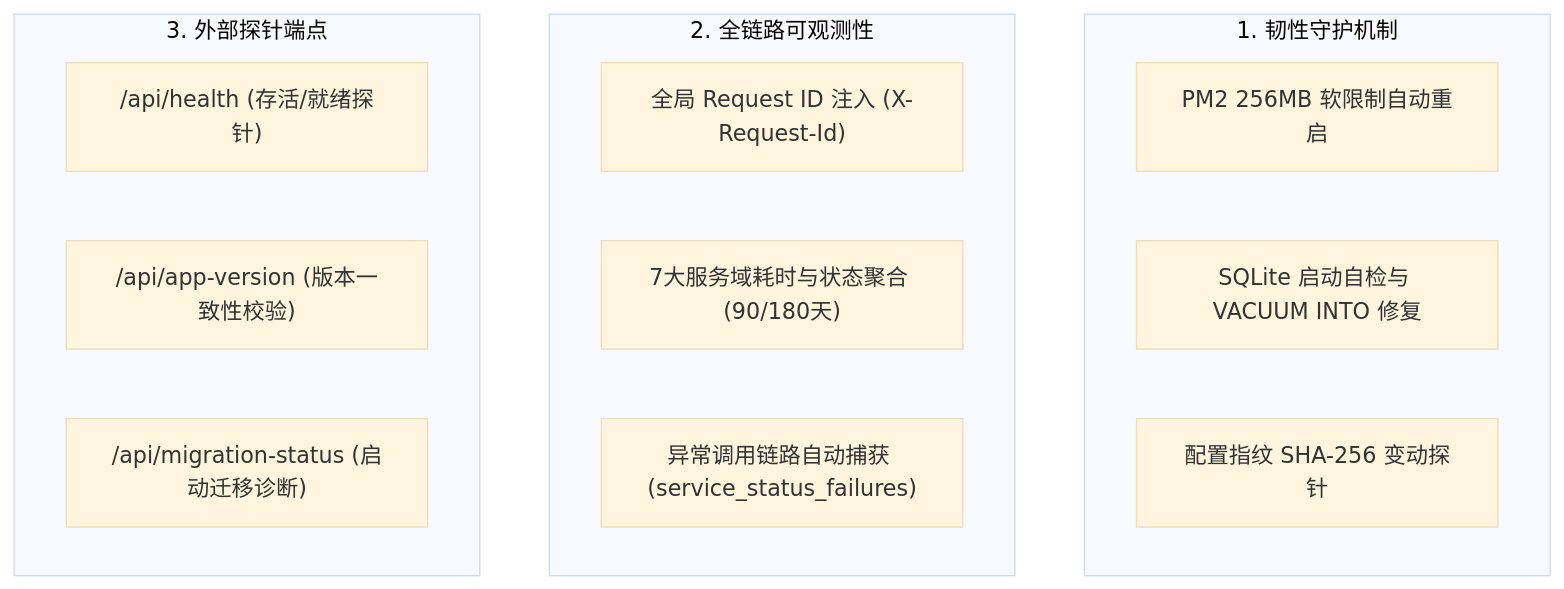
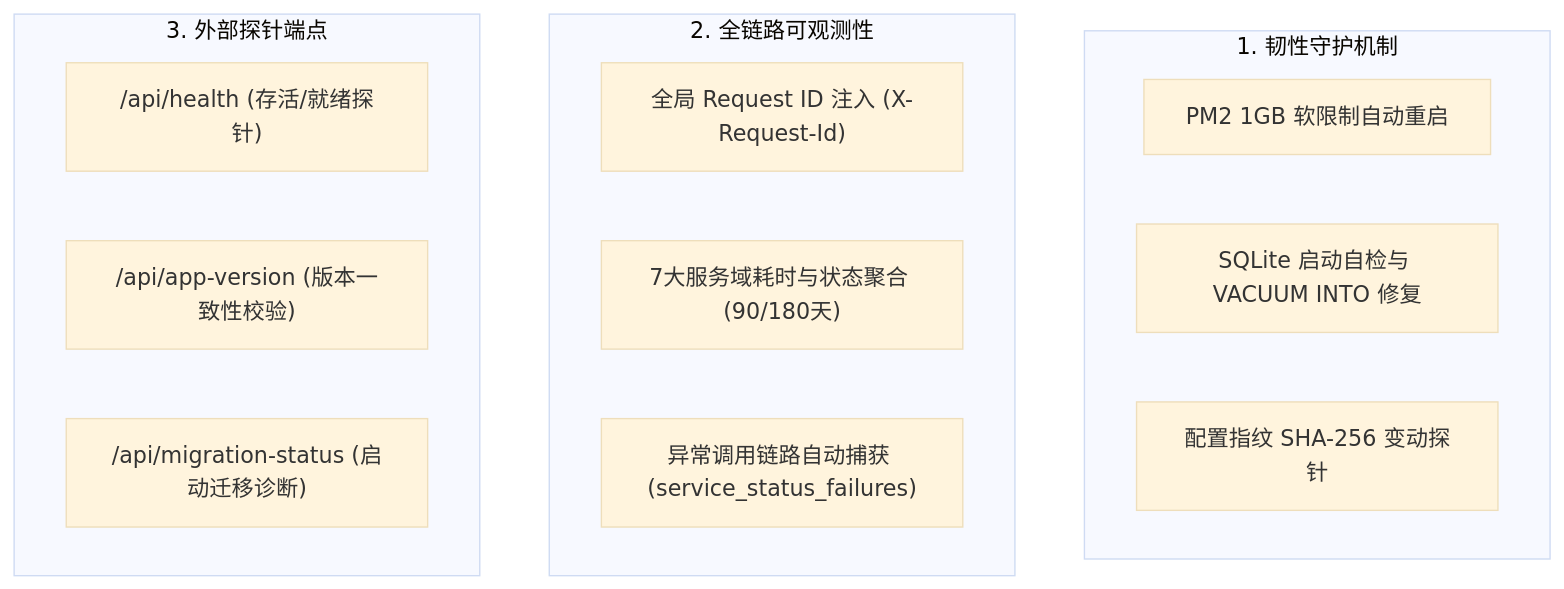
Before and after one commit to fanxiaolongx-max/Dragon-Platform: diagram 16 of 20 in tools-platform/README.md, drawn with Mermaid (base theme). The commit also changed other lines of this file and 9 other files, not shown here.

````diff
--- a/tools-platform/README.md
+++ b/tools-platform/README.md
@@ -1331,20 +1303,20 @@
 ```mermaid
 flowchart TD
     subgraph 韧性守护["1. 韧性守护机制"]
-        H1["PM2 256MB 软限制自动重启"]
+        H1["PM2 1GB 软限制自动重启"]
         H2["SQLite 启动自检与 VACUUM INTO 修复"]
         H3["配置指纹 SHA-256 变动探针"]
     end
 
     subgraph 链路追踪["2. 全链路可观测性"]
         O1["全局 Request ID 注入 (X-Request-Id)"]
         O2["7大服务域耗时与状态聚合 (90/180天)"]
         O3["异常调用链路自动捕获 (service_status_failures)"]
     end
 
     subgraph 探针体系["3. 外部探针端点"]
         P1["/api/health (存活/就绪探针)"]
         P2["/api/app-version (版本一致性校验)"]
         P3["/api/migration-status (启动迁移诊断)"]
     end
 ```
````
